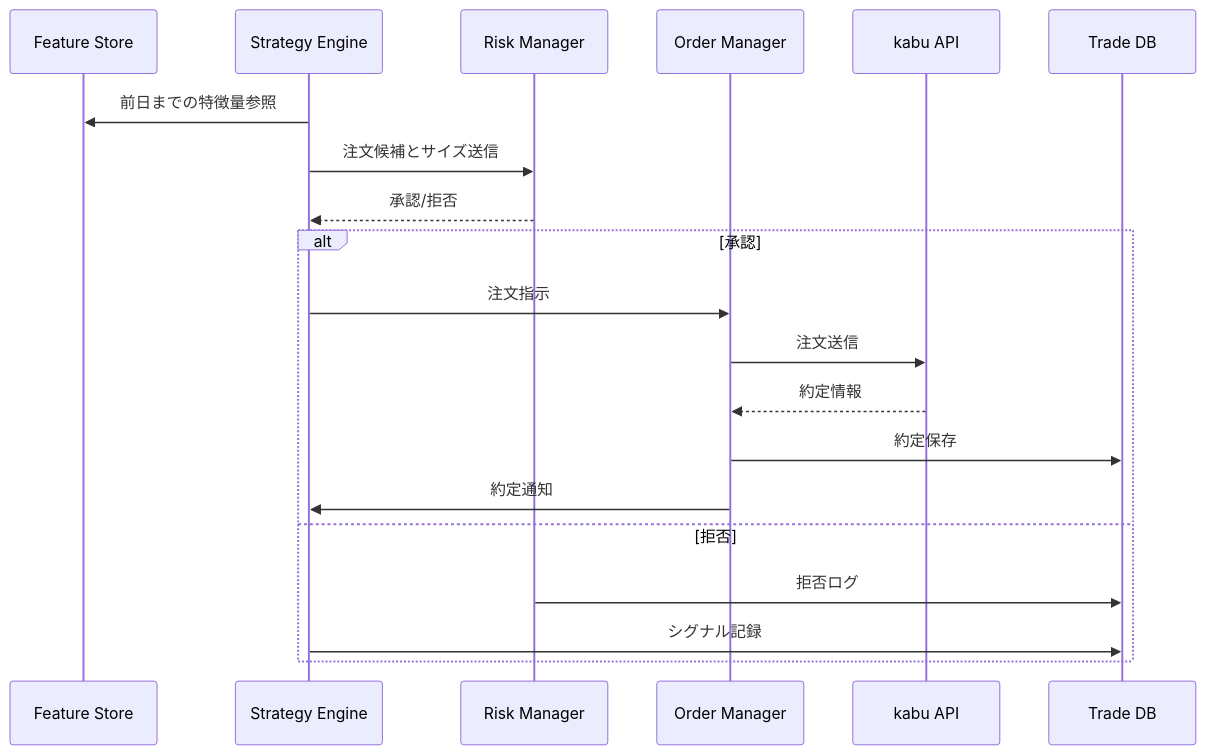
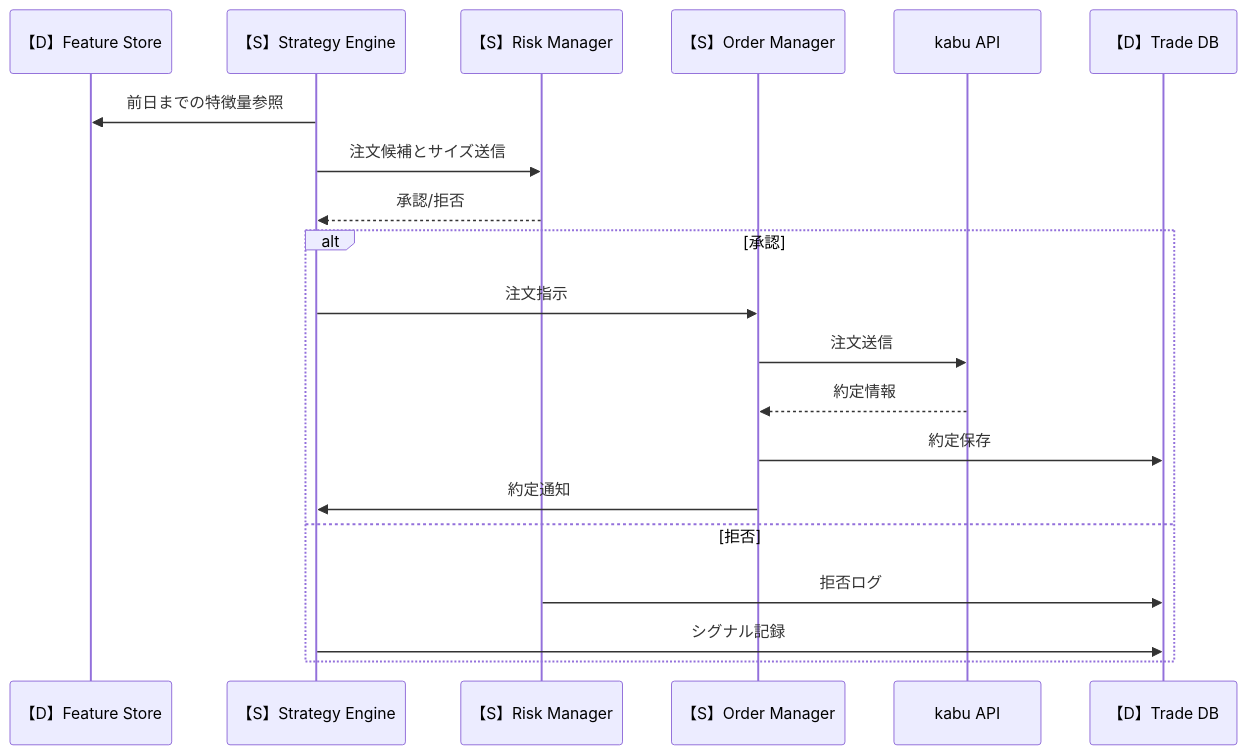
The second of 3 diagrams in 基本設計書.md (monkim803-a11y/DairyStockCheckPrg), drawn with Mermaid before and after one commit. The commit also changed other lines of this file, not shown here.

````diff
--- a/基本設計書.md
+++ b/基本設計書.md
@@ -146,23 +161,23 @@
 ``` mermaid
 sequenceDiagram
-  participant F as Feature Store
-  participant S as Strategy Engine
-  participant R as Risk Manager
-  participant O as Order Manager
+  participant F as 【D】Feature Store
+  participant S as 【S】Strategy Engine
+  participant R as 【S】Risk Manager
+  participant O as 【S】Order Manager
   participant K as kabu API
-  participant T as Trade DB
+  participant T as 【D】Trade DB
 
   S->>F: 前日までの特徴量参照
   S->>R: 注文候補とサイズ送信
   R-->>S: 承認/拒否
   alt 承認
     S->>O: 注文指示
     O->>K: 注文送信
     K-->>O: 約定情報
     O->>T: 約定保存
     O->>S: 約定通知
   else 拒否
     R->>T: 拒否ログ
     S->>T: シグナル記録
   end
 ```
````
